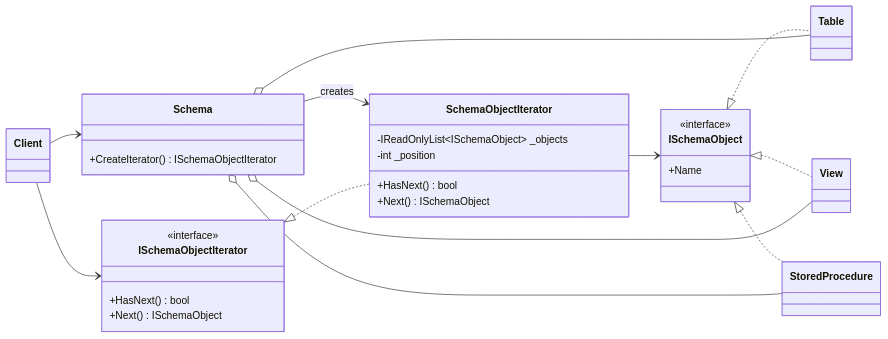
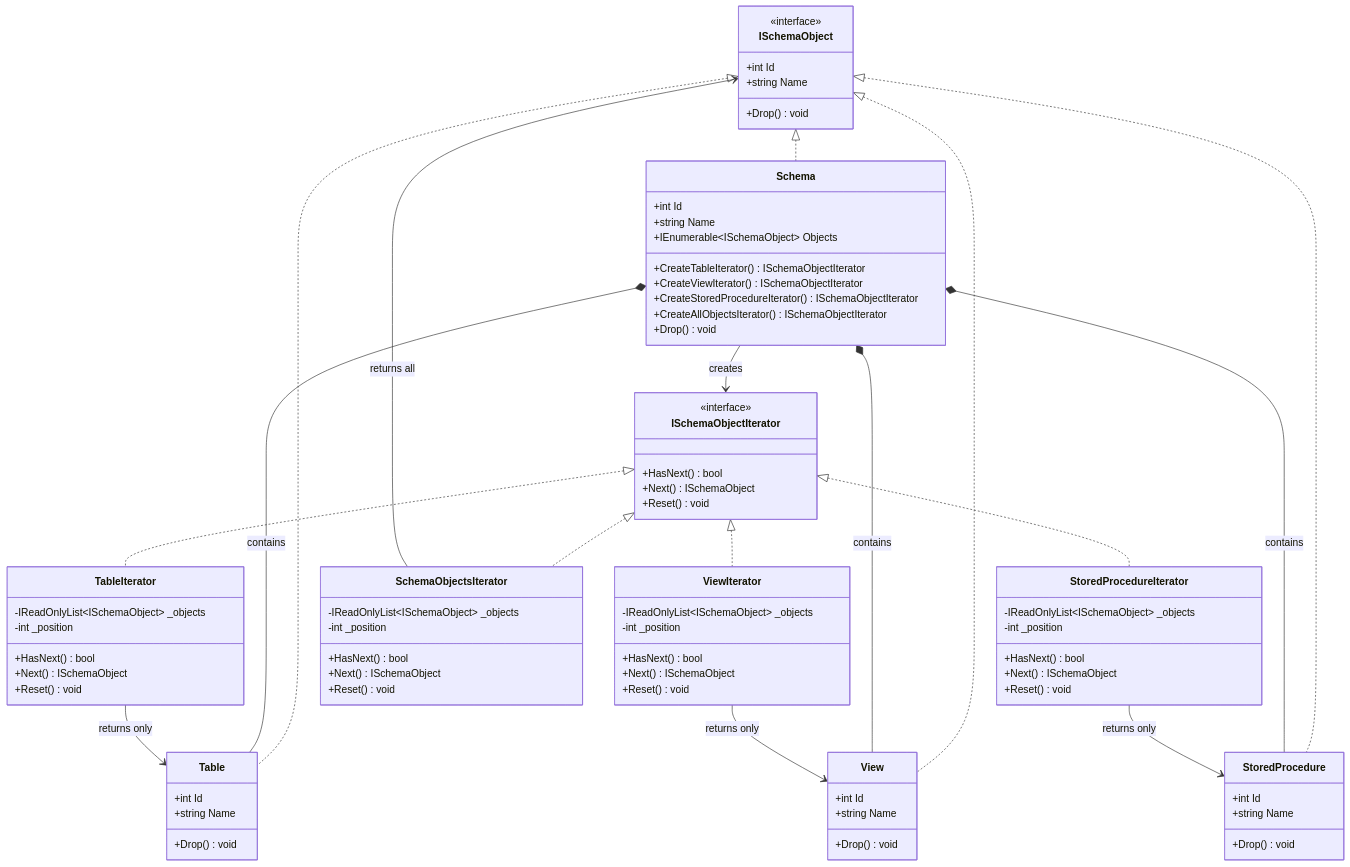
Diagram 11 of 14 in docs/design-patterns/README.md (manaxpow/DBMS), drawn with Mermaid before and after one commit. The commit also changed other lines of this file and 9 other files, not shown here.

Commit message:
Update Iterator for each SchemaObject

````diff
--- a/docs/design-patterns/README.md
+++ b/docs/design-patterns/README.md
@@ -373,48 +373,127 @@
 ```mermaid
 classDiagram
-    direction LR
+    direction TB
 
-    class Client
+    %% =========================
+    %% SCHEMA OBJECTS
+    %% =========================
+
+    class ISchemaObject {
+        <<interface>>
+        +int Id
+        +string Name
+        +Drop() void
+    }
 
     class Schema {
-        +CreateIterator() ISchemaObjectIterator
+        +int Id
+        +string Name
+        +IEnumerable~ISchemaObject~ Objects
+
+        +CreateTableIterator() ISchemaObjectIterator
+        +CreateViewIterator() ISchemaObjectIterator
+        +CreateStoredProcedureIterator() ISchemaObjectIterator
+        +CreateAllObjectsIterator() ISchemaObjectIterator
+
+        +Drop() void
     }
+
+    class Table {
+        +int Id
+        +string Name
+        +Drop() void
+    }
+
+    class View {
+        +int Id
+        +string Name
+        +Drop() void
+    }
+
+    class StoredProcedure {
+        +int Id
+        +string Name
+        +Drop() void
+    }
+
+    ISchemaObject <|.. Schema
+    ISchemaObject <|.. Table
+    ISchemaObject <|.. View
+    ISchemaObject <|.. StoredProcedure
+
+    Schema *-- Table : contains
+    Schema *-- View : contains
+    Schema *-- StoredProcedure : contains
+
+
+    %% =========================
+    %% ITERATOR
+    %% =========================
 
     class ISchemaObjectIterator {
         <<interface>>
         +HasNext() bool
         +Next() ISchemaObject
+        +Reset() void
     }
 
-    class SchemaObjectIterator {
+
+    %% =========================
+    %% CONCRETE ITERATORS
+    %% =========================
+
+    class TableIterator {
         -IReadOnlyList~ISchemaObject~ _objects
         -int _position
         +HasNext() bool
         +Next() ISchemaObject
+        +Reset() void
     }
 
-    class ISchemaObject {
-        <<interface>>
-        +Name
+    class ViewIterator {
+        -IReadOnlyList~ISchemaObject~ _objects
+        -int _position
+        +HasNext() bool
+        +Next() ISchemaObject
+        +Reset() void
     }
 
-    class Table
-    class View
-    class StoredProcedure
+    class StoredProcedureIterator {
+        -IReadOnlyList~ISchemaObject~ _objects
+        -int _position
+        +HasNext() bool
+        +Next() ISchemaObject
+        +Reset() void
+    }
 
-    Client --> Schema
-    Client --> ISchemaObjectIterator
+    class SchemaObjectsIterator {
+        -IReadOnlyList~ISchemaObject~ _objects
+        -int _position
+        +HasNext() bool
+        +Next() ISchemaObject
+        +Reset() void
+    }
 
-    Schema --> SchemaObjectIterator : creates
-    ISchemaObjectIterator <|.. SchemaObjectIterator
 
-    ISchemaObject <|.. Table
-    ISchemaObject <|.. View
-    ISchemaObject <|.. StoredProcedure
+    %% =========================
+    %% ITERATOR IMPLEMENTATIONS
+    %% =========================
 
-    Schema o-- Table
-    Schema o-- View
-    Schema o-- StoredProcedure
+    ISchemaObjectIterator <|.. TableIterator
+    ISchemaObjectIterator <|.. ViewIterator
+    ISchemaObjectIterator <|.. StoredProcedureIterator
+    ISchemaObjectIterator <|.. SchemaObjectsIterator
 
-    SchemaObjectIterator --> ISchemaObject
+
+    %% =========================
+    %% ITERATOR TARGETS
+    %% =========================
+
+    TableIterator --> Table : returns only
+    ViewIterator --> View : returns only
+    StoredProcedureIterator --> StoredProcedure : returns only
+
+    SchemaObjectsIterator --> ISchemaObject : returns all
+
+    Schema --> ISchemaObjectIterator : creates
 ```
````
